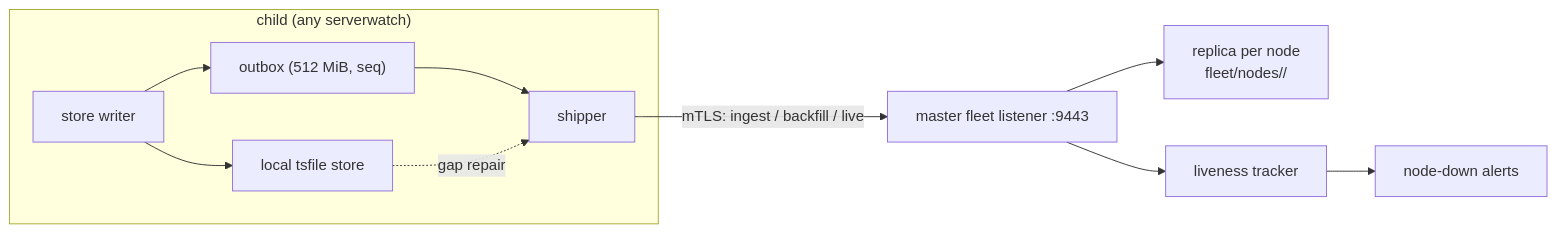
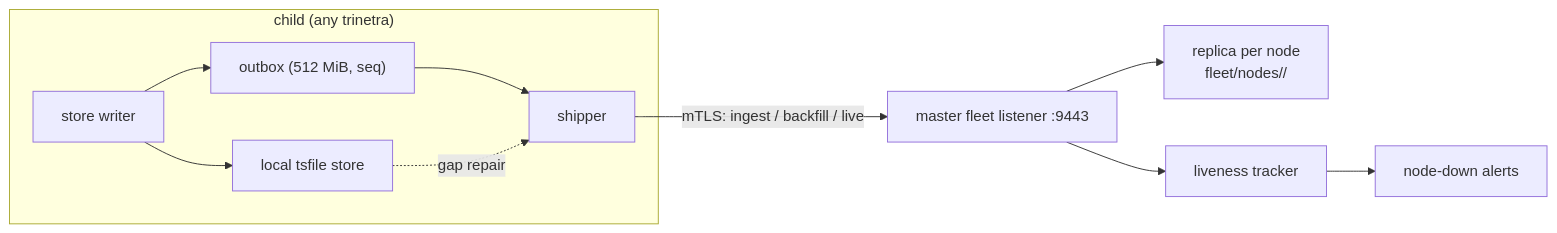
Before and after one commit to InfoDiveLabs/trinetra: the seventh of 7 diagrams in docs/handbook/02-architecture.md, drawn with Mermaid. The commit also changed other lines of this file and 20 other files, not shown here.

````diff
--- a/docs/handbook/02-architecture.md
+++ b/docs/handbook/02-architecture.md
@@ -802,12 +805,12 @@
 ```mermaid
 flowchart LR
-    subgraph child["child (any serverwatch)"]
+    subgraph child["child (any trinetra)"]
         sw["store writer"] --> local["local tsfile store"]
         sw --> ob["outbox (512 MiB, seq)"]
         ob --> sh["shipper"]
         local -. gap repair .-> sh
     end
     sh -->|"mTLS: ingest / backfill / live"| m["master fleet listener :9443"]
     m --> rep["replica per node\nfleet/nodes/<id>/"]
     m --> live["liveness tracker"] --> alerts["node-down alerts"]
 ```
````
